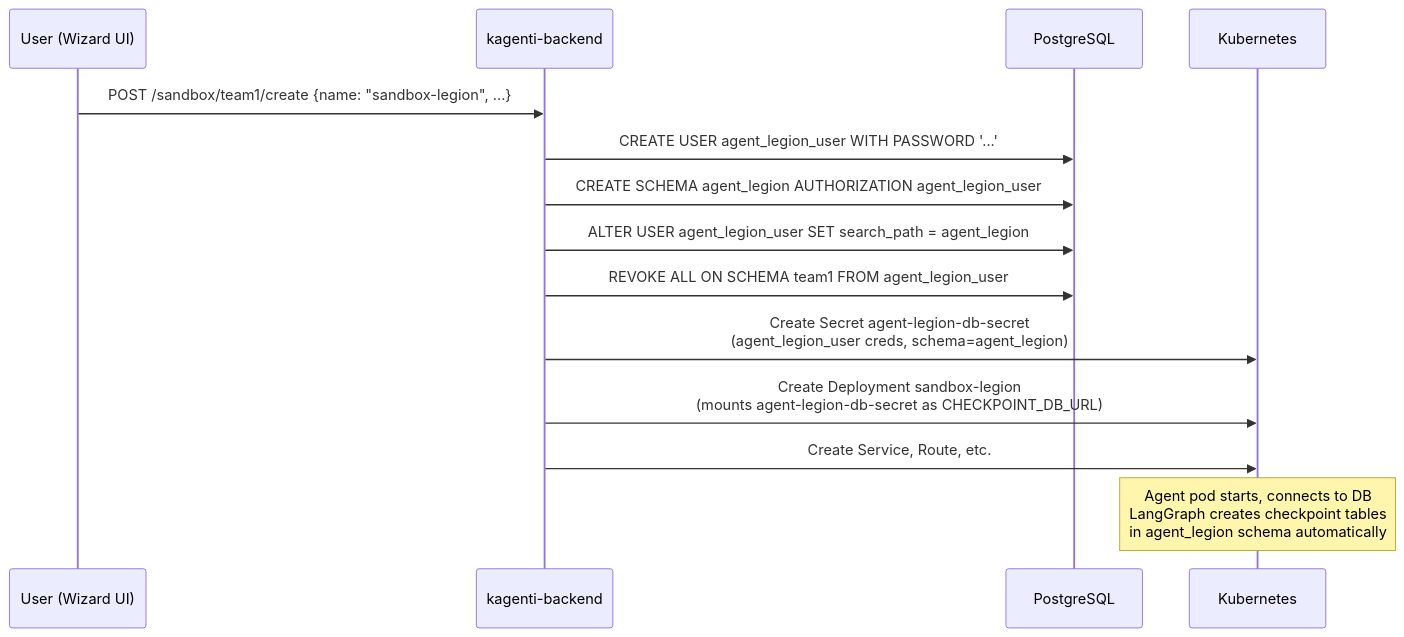
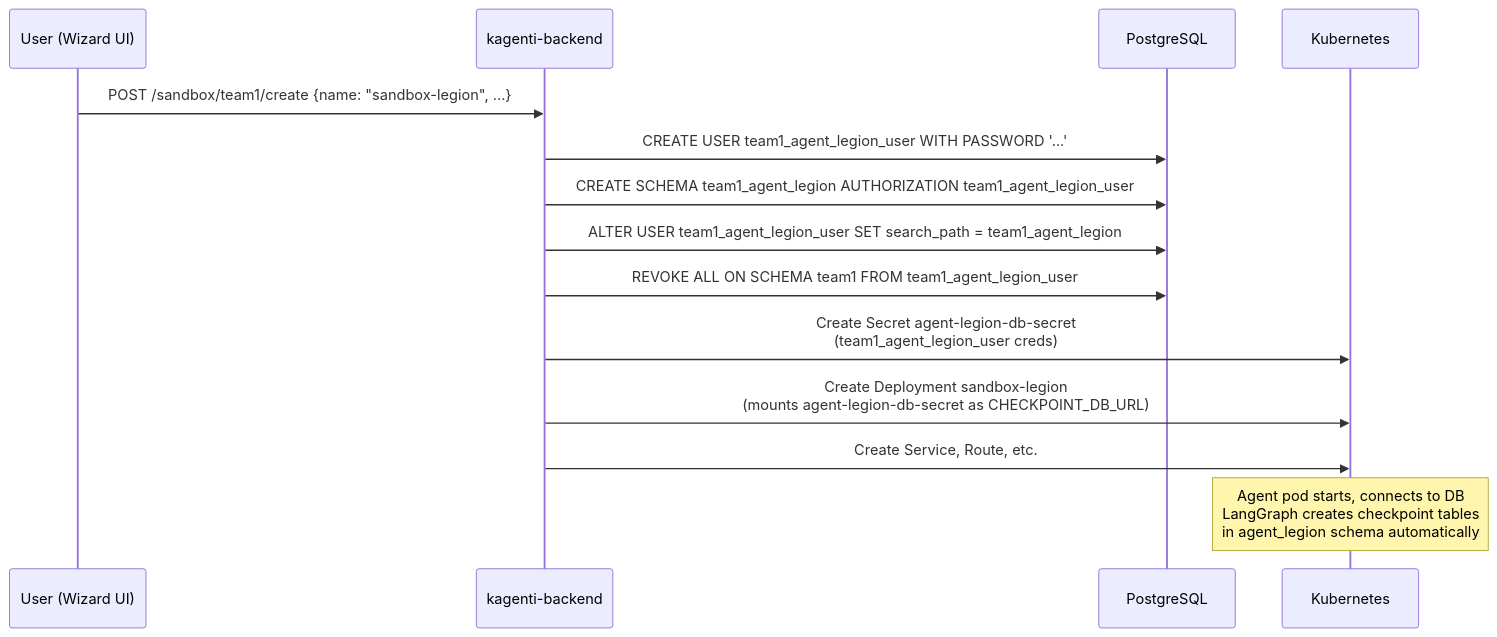
Before and after one commit to kagenti/kagenti: the fourth of 6 diagrams in docs/plans/2026-03-12-db-multi-tenancy-design.md, drawn with Mermaid. The commit also changed other lines of this file, not shown here.

First line of the commit message:
docs: prefix DB users/schemas with namespace for collision avoidance

````diff
--- a/docs/plans/2026-03-12-db-multi-tenancy-design.md
+++ b/docs/plans/2026-03-12-db-multi-tenancy-design.md
@@ -107,17 +107,17 @@
 ```mermaid
 sequenceDiagram
     participant User as User (Wizard UI)
     participant BE as kagenti-backend
     participant PG as PostgreSQL
     participant K8s as Kubernetes
 
     User->>BE: POST /sandbox/team1/create {name: "sandbox-legion", ...}
-    BE->>PG: CREATE USER agent_legion_user WITH PASSWORD '...'
-    BE->>PG: CREATE SCHEMA agent_legion AUTHORIZATION agent_legion_user
-    BE->>PG: ALTER USER agent_legion_user SET search_path = agent_legion
-    BE->>PG: REVOKE ALL ON SCHEMA team1 FROM agent_legion_user
-    BE->>K8s: Create Secret agent-legion-db-secret<br/>(agent_legion_user creds, schema=agent_legion)
+    BE->>PG: CREATE USER team1_agent_legion_user WITH PASSWORD '...'
+    BE->>PG: CREATE SCHEMA team1_agent_legion AUTHORIZATION team1_agent_legion_user
+    BE->>PG: ALTER USER team1_agent_legion_user SET search_path = team1_agent_legion
+    BE->>PG: REVOKE ALL ON SCHEMA team1 FROM team1_agent_legion_user
+    BE->>K8s: Create Secret agent-legion-db-secret<br/>(team1_agent_legion_user creds)
     BE->>K8s: Create Deployment sandbox-legion<br/>(mounts agent-legion-db-secret as CHECKPOINT_DB_URL)
     BE->>K8s: Create Service, Route, etc.
     Note over K8s: Agent pod starts, connects to DB<br/>LangGraph creates checkpoint tables<br/>in agent_legion schema automatically
 ```
````
